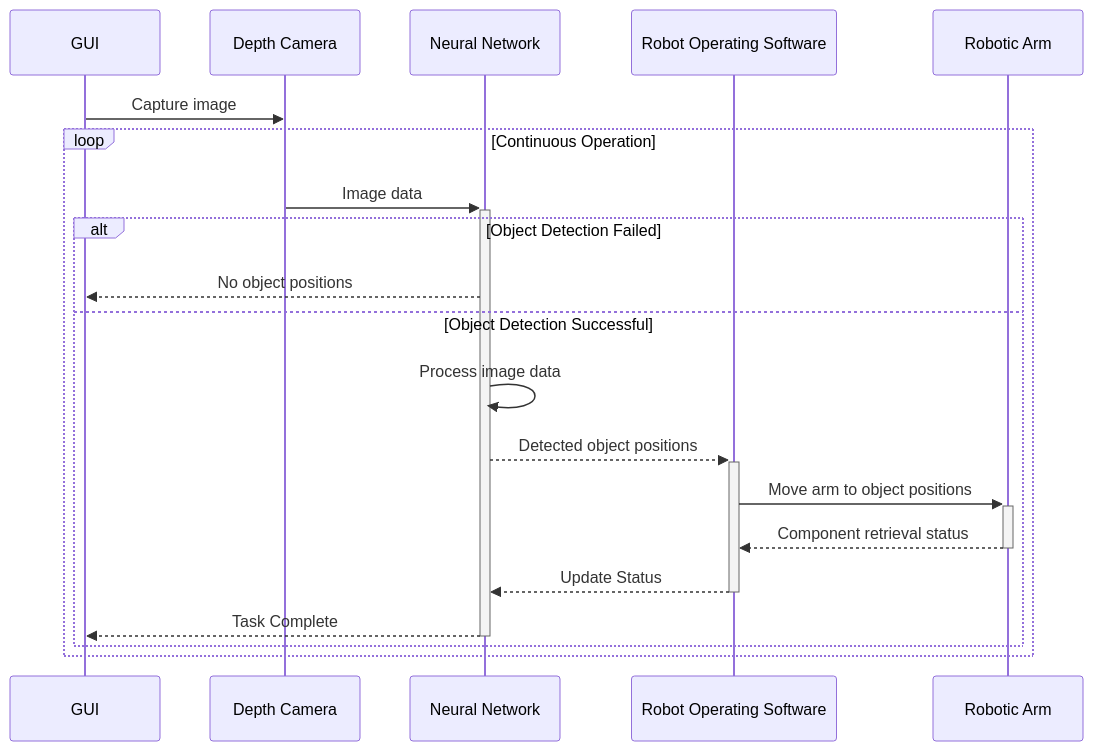
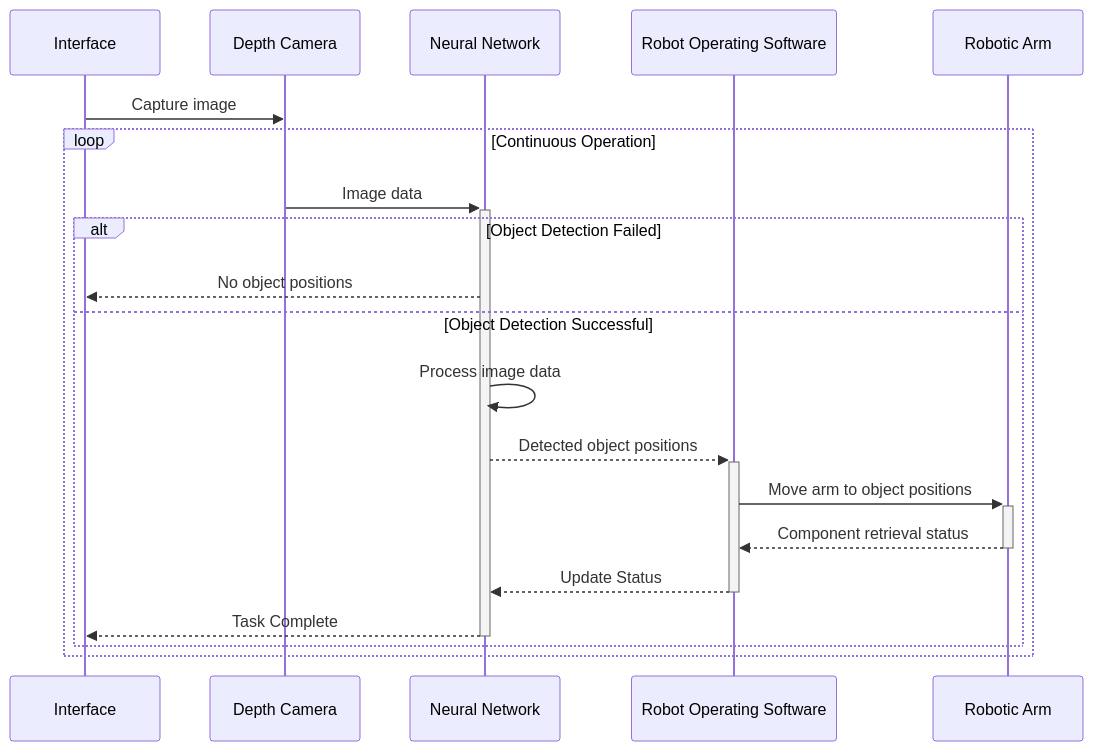
The diagram in assessments/design.md (kanbanyte/sepa), drawn with Mermaid before and after one commit.

Commit message:
Change GUI to UI

````diff
--- a/assessments/design.md
+++ b/assessments/design.md
@@ -107,23 +107,23 @@
 ```mermaid
 sequenceDiagram
-	participant Interface as GUI
+	participant UI as Interface
 	participant Camera as Depth Camera
 	participant Network as Neural Network
 	participant ROS as Robot Operating Software
 	participant Arm as Robotic Arm
 
-	Interface->>Camera: Capture image
+	UI->>Camera: Capture image
 	loop Continuous Operation
 		Camera->>+Network: Image data
 		alt Object Detection Failed
-			Network-->>Interface: No object positions
+			Network-->>UI: No object positions
 		else Object Detection Successful
 			Network->>Network: Process image data
 			Network-->>+ROS: Detected object positions
 			ROS->>+Arm: Move arm to object positions
 			Arm-->>-ROS: Component retrieval status
 			ROS-->>-Network: Update Status
-			Network-->>-Interface: Task Complete
+			Network-->>-UI: Task Complete
 		end
 	end
 ```
````
